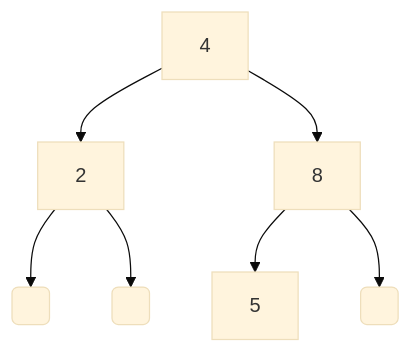
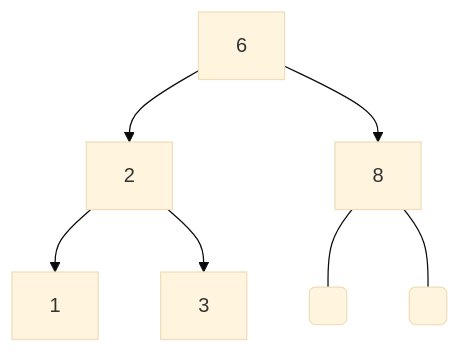
One commit to 4nt0ineB/MyLittleCLibrary changed the second of 4 diagrams in docs/data-structures/trees.md. Above: the diagram before and after it, drawn with Mermaid (base theme). The commit also changed other lines of this file and 4 other files, not shown here.

````diff
--- a/docs/data-structures/trees.md
+++ b/docs/data-structures/trees.md
@@ -43,9 +31,9 @@
 ```mermaid
 flowchart TB
-  4 --> 2
-  2 --> e0( )
-	2 --> e1( )
-	4 --> 8
-	8 --> 5
-	8 --> e2( )
+    6 --> 2
+    2 --> 1
+	2 --> 3
+	6 --> 8
+	8 --- e1( )
+	8 --- e2( )
 ```
````
